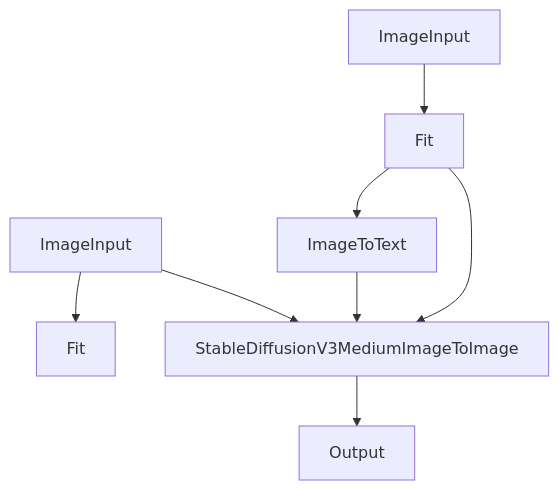
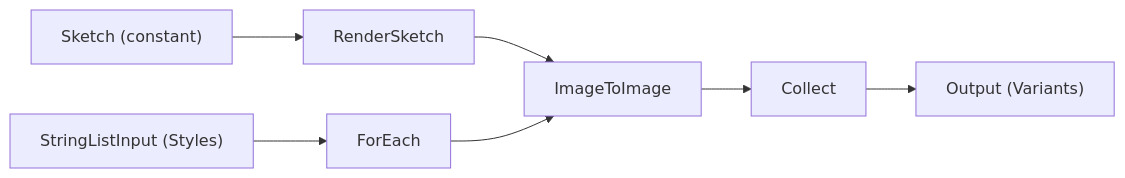
Before and after one commit to nodetool-ai/nodetool: the fifth of 8 diagrams in docs/cookbook/patterns.md, drawn with Mermaid. The commit also changed other lines of this file and 6 other files, not shown here.

```diff
--- a/docs/cookbook/patterns.md
+++ b/docs/cookbook/patterns.md
@@ -309,17 +180,12 @@
 {% mermaid %}
-graph TD
-  sd_img2img["StableDiffusionV3MediumImageToImage"]
-  image_input_1["ImageInput"]
-  image_input_2["ImageInput"]
-  output["Output"]
-  image_to_text["ImageToText"]
-  fit_1["Fit"]
-  fit_2["Fit"]
-  sd_img2img --> output
-  image_to_text --> sd_img2img
-  image_input_2 --> fit_1
-  image_input_1 --> fit_2
-  fit_2 --> image_to_text
-  image_input_2 --> sd_img2img
-  fit_2 --> sd_img2img
+graph LR
+  sketch["Sketch (constant)"]
+  render["RenderSketch"]
+  styles["StringListInput (Styles)"]
+  each["ForEach"]
+  img["ImageToImage"]
+  collect["Collect"]
+  out["Output (Variants)"]
+  sketch --> render --> img
+  styles --> each --> img --> collect --> out
 {% endmermaid %}
```
